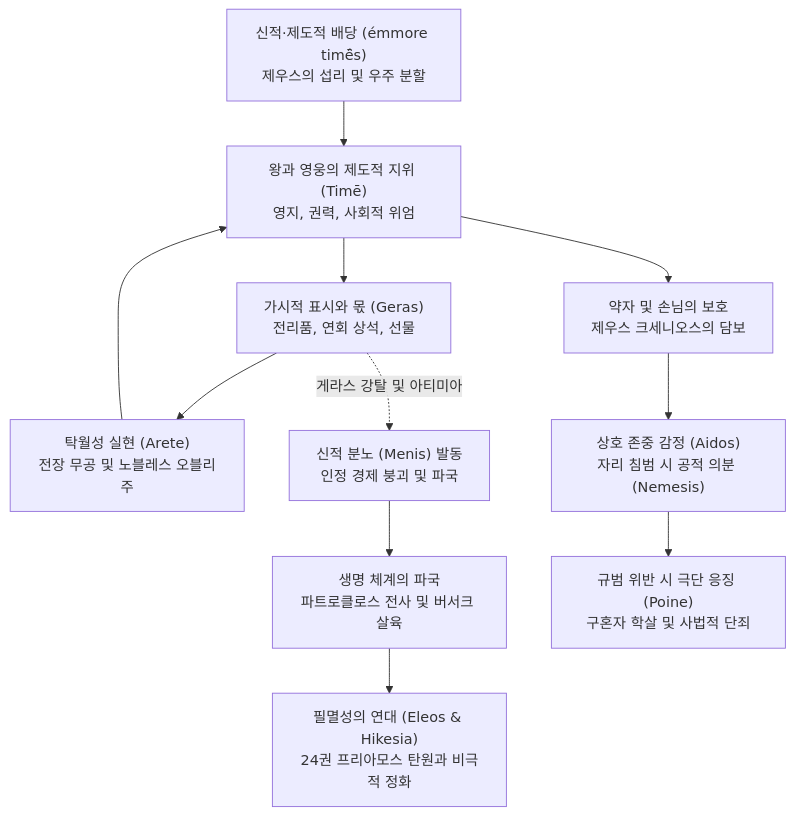
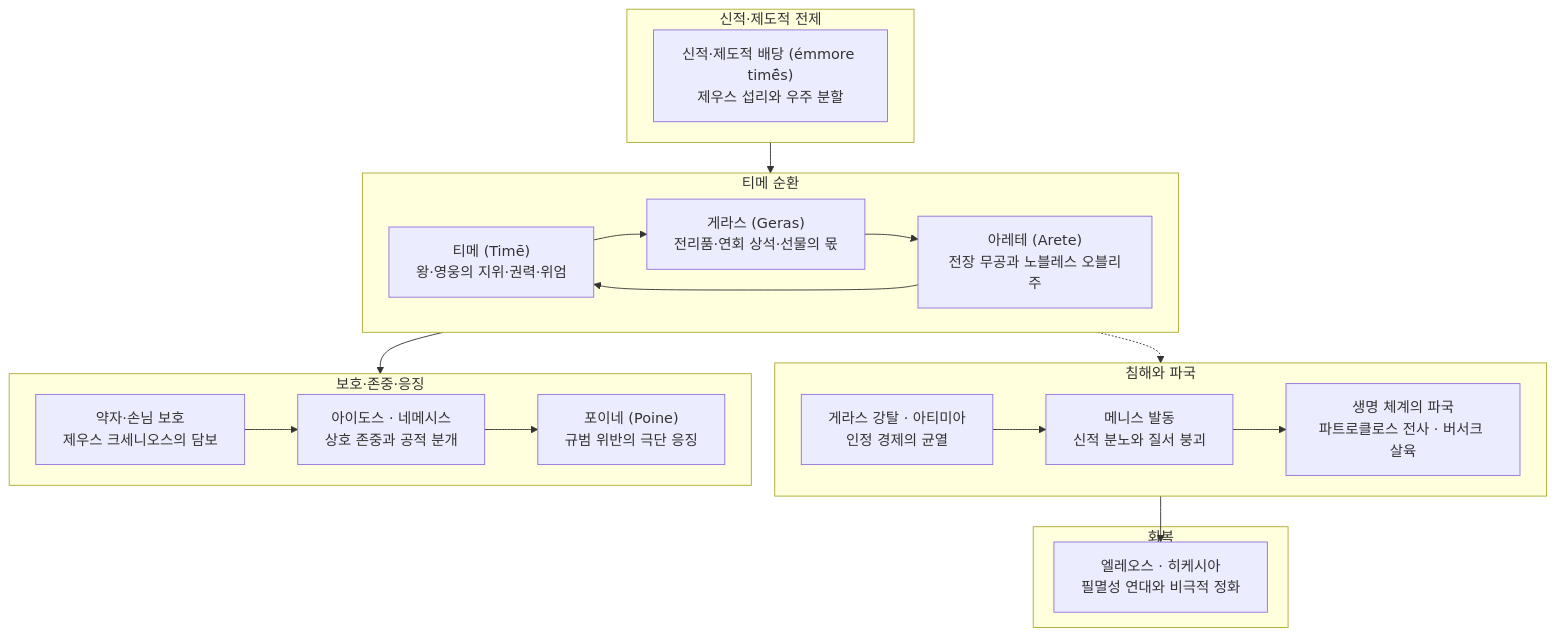
Before and after one commit to YgHnSIM/Homer_wiki: the diagram in wiki/concepts/concept-time.md, drawn with Mermaid. The commit also changed other lines of this file and 1 other file, not shown here.

Commit message:
refactor(concepts): concept-time Mermaid 신규격 슬림화

````diff
--- a/wiki/concepts/concept-time.md
+++ b/wiki/concepts/concept-time.md
@@ -164,16 +164,37 @@
 ```mermaid
-graph TD
-    A["신적·제도적 배당 (émmore timē̂s)<br/>제우스의 섭리 및 우주 분할"] --> B["왕과 영웅의 제도적 지위 (Timē)<br/>영지, 권력, 사회적 위엄"]
-    B --> C["가시적 표시와 몫 (Geras)<br/>전리품, 연회 상석, 선물"]
-    C --> D["탁월성 실현 (Arete)<br/>전장 무공 및 노블레스 오블리주"]
-    D --> B
-    
-    C -. "게라스 강탈 및 아티미아" .-> E["신적 분노 (Menis) 발동<br/>인정 경제 붕괴 및 파국"]
-    E --> F["생명 체계의 파국<br/>파트로클로스 전사 및 버서크 살육"]
-    
-    B --> G["약자 및 손님의 보호<br/>제우스 크세니오스의 담보"]
-    G --> H["상호 존중 감정 (Aidos)<br/>자리 침범 시 공적 의분 (Nemesis)"]
-    H --> I["규범 위반 시 극단 응징 (Poine)<br/>구혼자 학살 및 사법적 단죄"]
-    
-    F --> J["필멸성의 연대 (Eleos & Hikesia)<br/>24권 프리아모스 탄원과 비극적 정화"]
+%%{init: {'flowchart': {'useMaxWidth': true, 'nodeSpacing': 26, 'rankSpacing': 34}}}%%
+flowchart TD
+    subgraph Divine ["신적·제도적 전제"]
+        direction LR
+        Div["신적·제도적 배당 (émmore timē̂s)<br/>제우스 섭리와 우주 분할"]
+    end
+
+    subgraph Core ["티메 순환"]
+        direction LR
+        TimeN["티메 (Timē)<br/>왕·영웅의 지위·권력·위엄"]:::focus
+        Geras["게라스 (Geras)<br/>전리품·연회 상석·선물의 몫"]
+        Arete["아레테 (Arete)<br/>전장 무공과 노블레스 오블리주"]
+        Div --> TimeN
+        TimeN --> Geras
+        Geras --> Arete
+        Arete --> TimeN
+    end
+
+    subgraph Crisis ["침해와 파국"]
+        direction LR
+        Seize["게라스 강탈 · 아티미아<br/>인정 경제의 균열"]:::crisis --> Menis["메니스 발동<br/>신적 분노와 질서 붕괴"]:::crisis --> Fall["생명 체계의 파국<br/>파트로클로스 전사 · 버서크 살육"]:::crisis
+    end
+
+    subgraph Norm ["보호·존중·응징"]
+        direction LR
+        Xenia["약자·손님 보호<br/>제우스 크세니오스의 담보"] --> Aidos["아이도스 · 네메시스<br/>상호 존중과 공적 분개"] --> Poine["포이네 (Poine)<br/>규범 위반의 극단 응징"]:::crisis
+    end
+
+    subgraph Resolve ["회복"]
+        Eleos["엘레오스 · 히케시아<br/>필멸성 연대와 비극적 정화"]:::resolve
+    end
+
+    Geras -.-> Seize
+    TimeN --> Xenia
+    Fall --> Eleos
 ```
````
